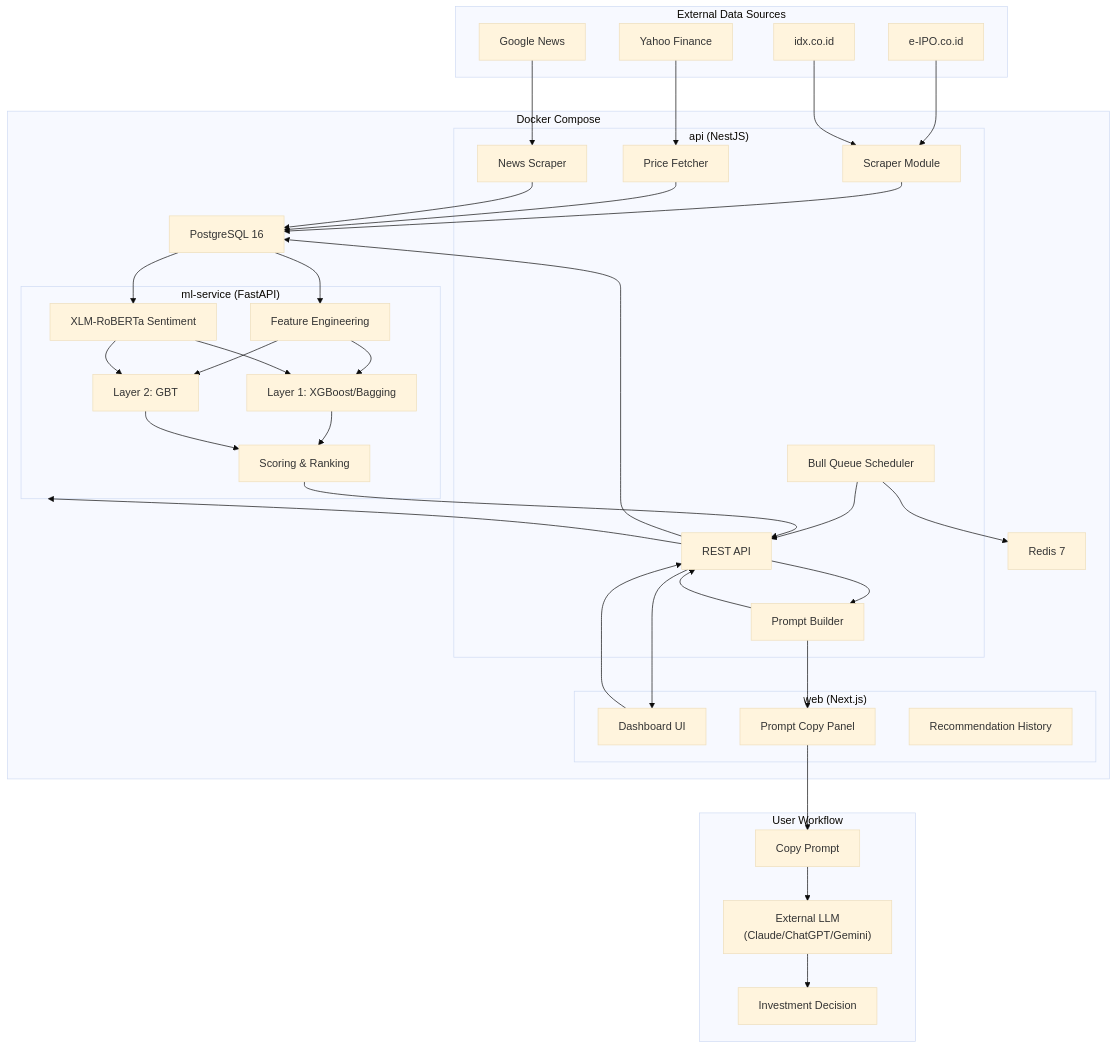
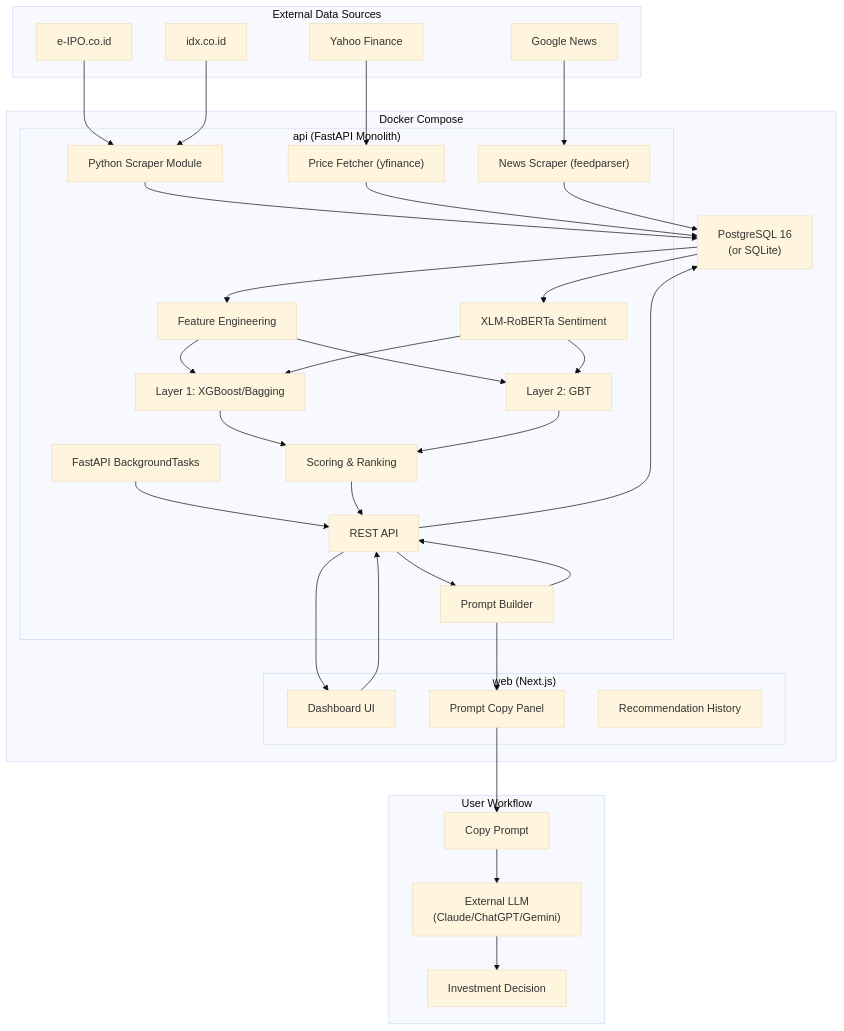
Before and after one commit to fatidaprilian/iporadar: the first of 3 diagrams in docs/flow-overview.md, drawn with Mermaid (base theme). The commit also changed other lines of this file and 90 other files, not shown here.

First line of the commit message:
Phase 2.5 + 3: FastAPI monolith migration, ML training pipeline, e2e smoke test

````diff
--- a/docs/flow-overview.md
+++ b/docs/flow-overview.md
@@ -5,78 +5,72 @@
 ```mermaid
 graph TB
     subgraph External["External Data Sources"]
         EIPO["e-IPO.co.id"]
         IDX["idx.co.id"]
         YF["Yahoo Finance"]
         GN["Google News"]
     end
 
     subgraph Docker["Docker Compose"]
-        subgraph API["api (NestJS)"]
-            Scraper["Scraper Module"]
-            PriceFetcher["Price Fetcher"]
-            NewsScraper["News Scraper"]
-            Scheduler["Bull Queue Scheduler"]
+        subgraph API["api (FastAPI Monolith)"]
+            Scraper["Python Scraper Module"]
+            PriceFetcher["Price Fetcher (yfinance)"]
+            NewsScraper["News Scraper (feedparser)"]
+            Scheduler["FastAPI BackgroundTasks"]
             PromptBuilder["Prompt Builder"]
             APIRoutes["REST API"]
-        end
-
-        subgraph ML["ml-service (FastAPI)"]
             FeatEng["Feature Engineering"]
             Sentiment["XLM-RoBERTa Sentiment"]
             Layer1["Layer 1: XGBoost/Bagging"]
             Layer2["Layer 2: GBT"]
             Scoring["Scoring & Ranking"]
         end
 
         subgraph Web["web (Next.js)"]
             Dashboard["Dashboard UI"]
             PromptDisplay["Prompt Copy Panel"]
             History["Recommendation History"]
         end
 
-        PG["PostgreSQL 16"]
-        RD["Redis 7"]
+        PG["PostgreSQL 16\n(or SQLite)"]
     end
 
     subgraph User["User Workflow"]
         CopyPrompt["Copy Prompt"]
         ExtLLM["External LLM\n(Claude/ChatGPT/Gemini)"]
         Decision["Investment Decision"]
     end
 
     EIPO --> Scraper
     IDX --> Scraper
     YF --> PriceFetcher
     GN --> NewsScraper
 
     Scraper --> PG
     PriceFetcher --> PG
     NewsScraper --> PG
 
-    Scheduler --> RD
     Scheduler --> APIRoutes
 
     PG --> FeatEng
     PG --> Sentiment
     FeatEng --> Layer1
     FeatEng --> Layer2
     Sentiment --> Layer1
     Sentiment --> Layer2
     Layer1 --> Scoring
     Layer2 --> Scoring
 
-    APIRoutes --> ML
     Scoring --> APIRoutes
     APIRoutes --> PG
     APIRoutes --> PromptBuilder
     PromptBuilder --> APIRoutes
 
     Dashboard --> APIRoutes
     APIRoutes --> Dashboard
     PromptBuilder --> PromptDisplay
 
     PromptDisplay --> CopyPrompt
     CopyPrompt --> ExtLLM
     ExtLLM --> Decision
 ```
````
